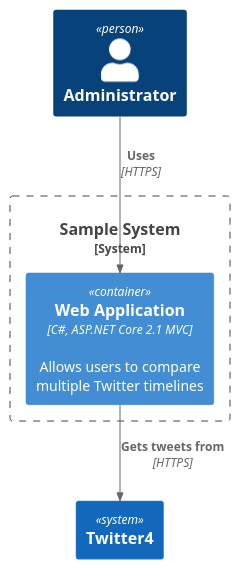
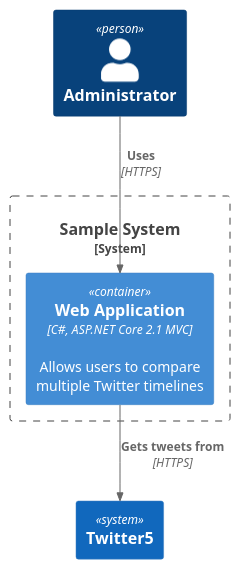
One commit to kcirtapfromspace/plantuml changed the diagram in doc/design/assets/diagram2.puml. Above: the diagram before and after it, drawn with PlantUML.

```diff
--- a/doc/design/assets/diagram2.puml
+++ b/doc/design/assets/diagram2.puml
@@ -1,13 +1,13 @@
 @startuml Basic_Sample
 !include https://raw.githubusercontent.com/plantuml-stdlib/C4-PlantUML/master/C4_Container.puml
 
 Person(admin, "Administrator")
 System_Boundary(c1, "Sample System") {
     Container(web_app, "Web Application", "C#, ASP.NET Core 2.1 MVC", "Allows users to compare multiple Twitter timelines")
 }
 System(twitter, "Twitter")
-System(twitter, "Twitter4")
+System(twitter, "Twitter5")
 
 Rel(admin, web_app, "Uses", "HTTPS")
 Rel(web_app, twitter, "Gets tweets from", "HTTPS")
 @enduml
```
